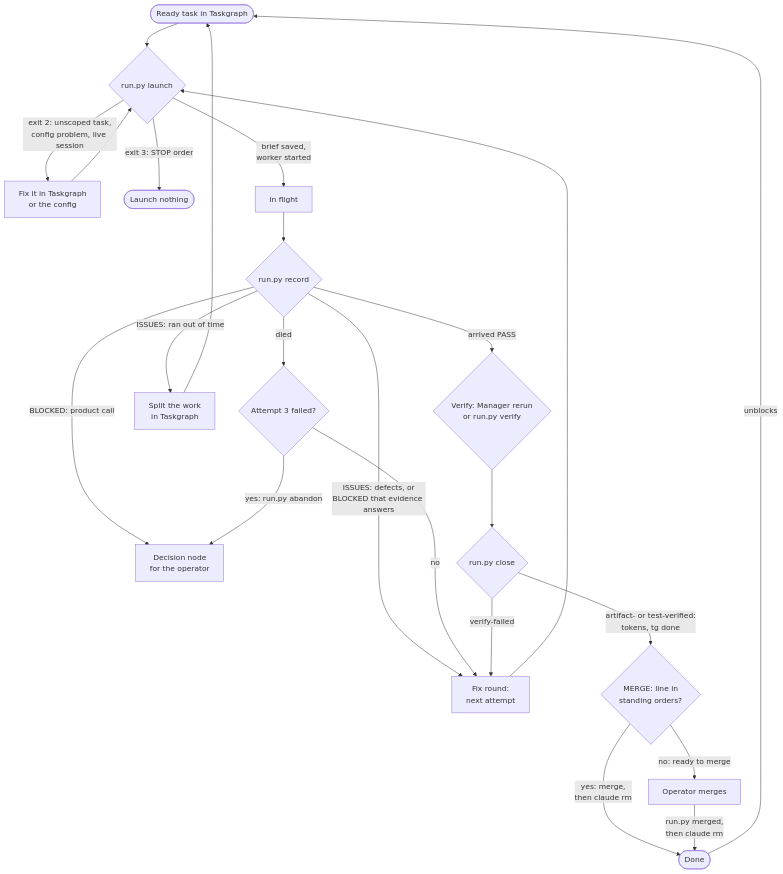
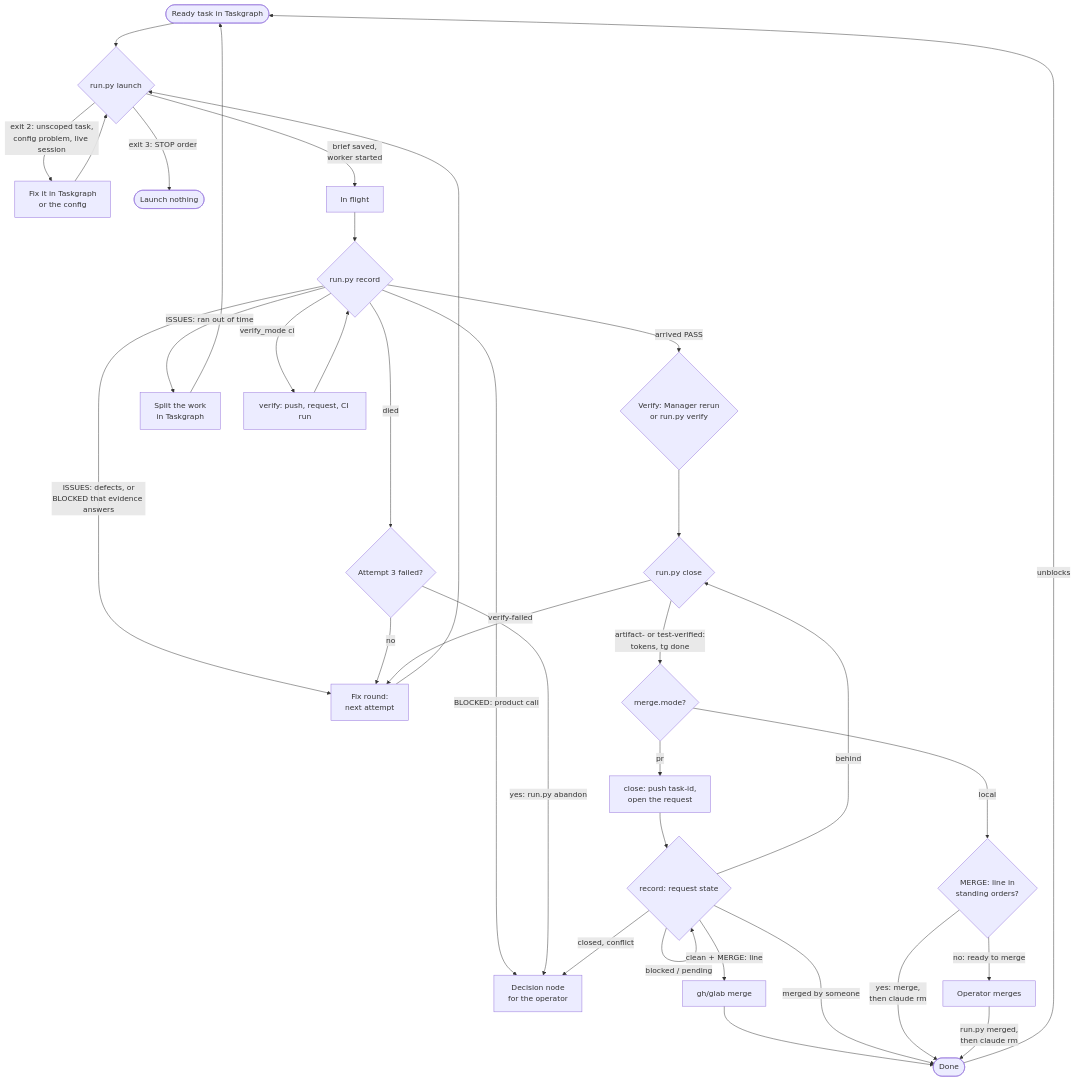
Before and after one commit to ronicayu/ronica-skills: the diagram in plugins/agentic-team/assets/diagrams/lifecycle.mmd, drawn with Mermaid. The commit also changed 24 other files, not shown here.

```diff
--- a/plugins/agentic-team/assets/diagrams/lifecycle.mmd
+++ b/plugins/agentic-team/assets/diagrams/lifecycle.mmd
@@ -1,23 +1,34 @@
 flowchart TD
   READY([Ready task in Taskgraph]) --> LAUNCH{run.py launch}
   LAUNCH -->|"exit 2: unscoped task,<br/>config problem, live session"| FIX[Fix it in Taskgraph<br/>or the config]
   FIX --> LAUNCH
   LAUNCH -->|"exit 3: STOP order"| HALT([Launch nothing])
   LAUNCH -->|"brief saved,<br/>worker started"| FLIGHT[In flight]
   FLIGHT --> RECORD{run.py record}
   RECORD -->|"arrived PASS"| VERIFY{Verify: Manager rerun<br/>or run.py verify}
   RECORD -->|"ISSUES: defects, or<br/>BLOCKED that evidence answers"| AGAIN[Fix round:<br/>next attempt]
   RECORD -->|"ISSUES: ran out of time"| SPLIT[Split the work<br/>in Taskgraph]
   RECORD -->|"BLOCKED: product call"| DECIDE[Decision node<br/>for the operator]
   RECORD -->|"died"| RETRY{Attempt 3 failed?}
   RETRY -->|"no"| AGAIN
   RETRY -->|"yes: run.py abandon"| DECIDE
   VERIFY --> CLOSE{run.py close}
   CLOSE -->|"verify-failed"| AGAIN
-  CLOSE -->|"artifact- or test-verified:<br/>tokens, tg done"| MERGE{MERGE: line in<br/>standing orders?}
-  MERGE -->|"yes: merge,<br/>then claude rm"| DONE([Done])
+  CLOSE -->|"artifact- or test-verified:<br/>tokens, tg done"| MODE{merge.mode?}
+  MODE -->|"local"| MERGE{MERGE: line in<br/>standing orders?}
+  MODE -->|"pr"| PUB[close: push task-id,<br/>open the request]
+  PUB --> REC{record: request state}
+  REC -->|"clean + MERGE: line"| HOSTMERGE[gh/glab merge]
+  HOSTMERGE --> DONE([Done])
+  REC -->|"behind"| CLOSE
+  REC -->|"blocked / pending"| REC
+  REC -->|"merged by someone"| DONE
+  REC -->|"closed, conflict"| DECIDE
+  RECORD -->|"verify_mode ci"| CI[verify: push, request, CI run]
+  CI --> RECORD
+  MERGE -->|"yes: merge,<br/>then claude rm"| DONE
   MERGE -->|"no: ready to merge"| OPMERGE[Operator merges]
   OPMERGE -->|"run.py merged,<br/>then claude rm"| DONE
   AGAIN --> LAUNCH
   SPLIT --> READY
   DONE -->|"unblocks"| READY
```
